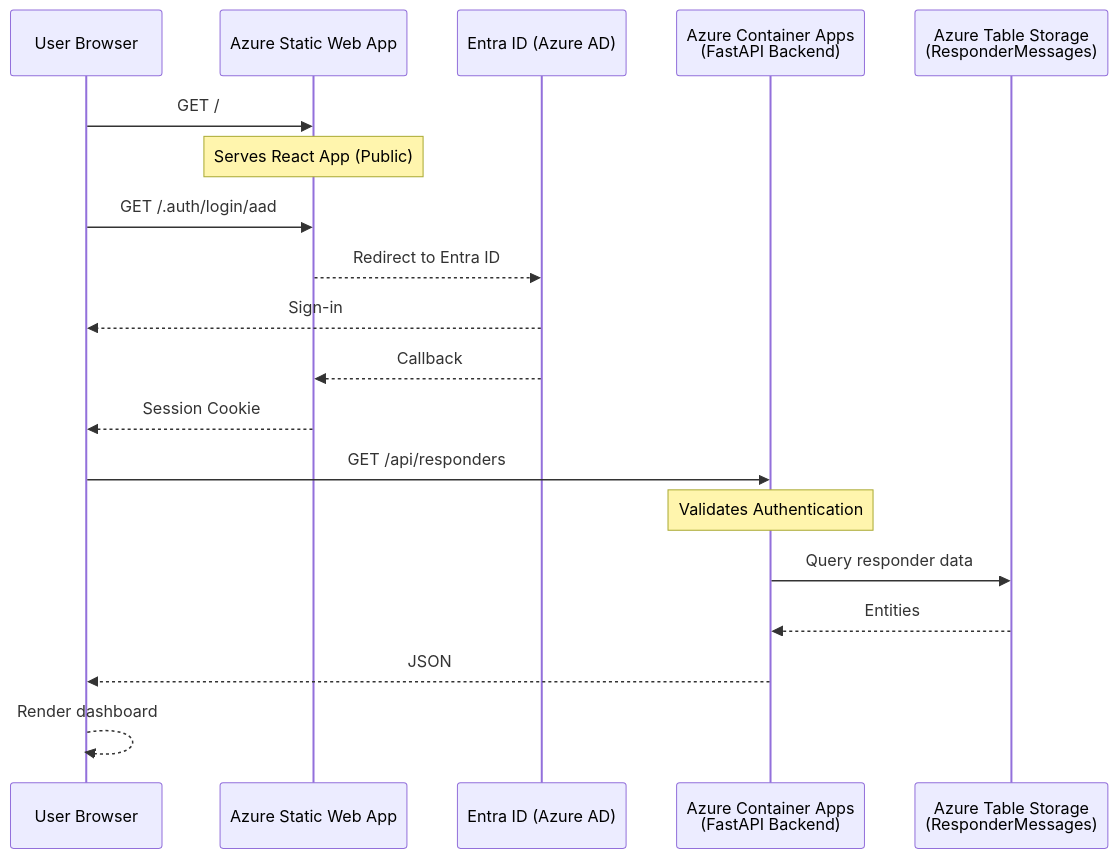
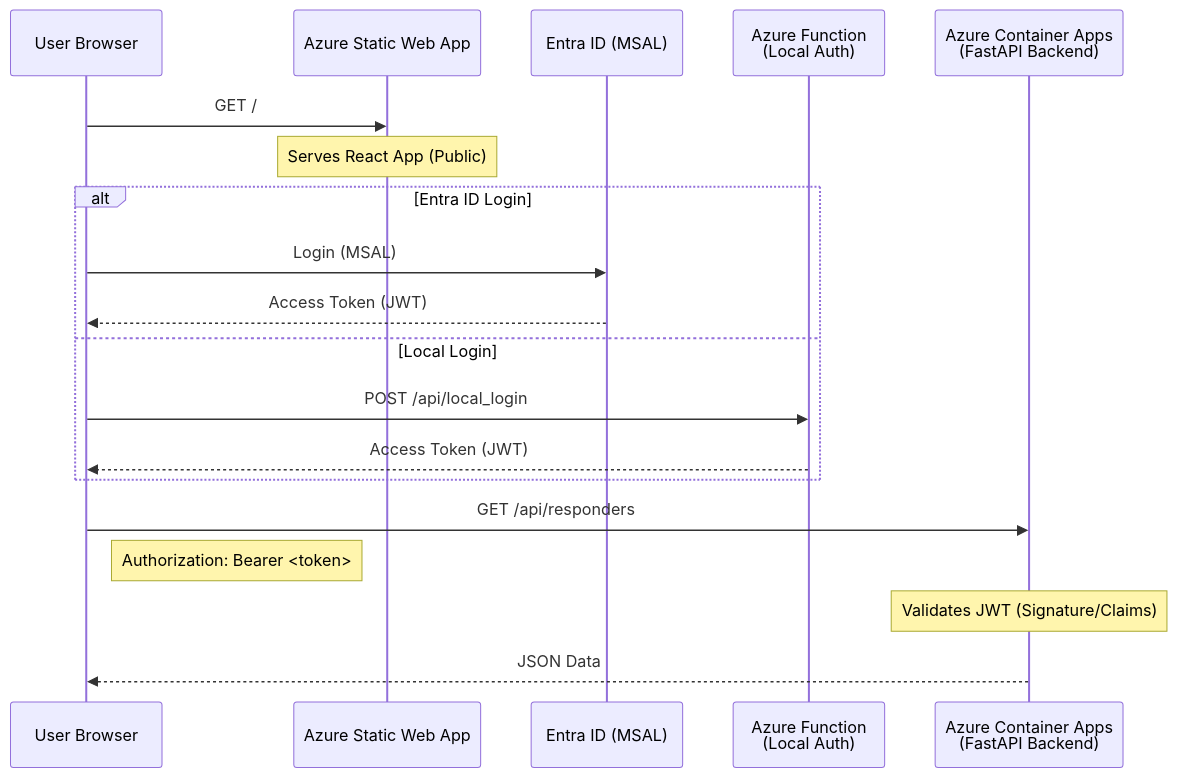
The third of 3 diagrams in README.md (scvsar/respondr-lite), drawn with Mermaid before and after one commit. The commit also changed other lines of this file and 33 other files, not shown here.

````diff
--- a/README.md
+++ b/README.md
@@ -91,24 +93,25 @@
 ```mermaid
 sequenceDiagram
   participant U as User Browser
   participant SWA as Azure Static Web App
-  participant AAD as Entra ID (Azure AD)
+  participant AAD as Entra ID (MSAL)
+  participant FUNC as Azure Function<br/>(Local Auth)
   participant API as Azure Container Apps<br/>(FastAPI Backend)
-  participant TS as Azure Table Storage<br/>(ResponderMessages)
 
   U->>SWA: GET /
   Note over SWA: Serves React App (Public)
   
-  U->>SWA: GET /.auth/login/aad
-  SWA-->>AAD: Redirect to Entra ID
-  AAD-->>U: Sign-in
-  AAD-->>SWA: Callback
-  SWA-->>U: Session Cookie
+  alt Entra ID Login
+    U->>AAD: Login (MSAL)
+    AAD-->>U: Access Token (JWT)
+  else Local Login
+    U->>FUNC: POST /api/local_login
+    FUNC-->>U: Access Token (JWT)
+  end
   
   U->>API: GET /api/responders
-  Note over API: Validates Authentication
-  API->>TS: Query responder data
-  TS-->>API: Entities
-  API-->>U: JSON
-  U-->>U: Render dashboard
+  Note right of U: Authorization: Bearer <token>
+  
+  Note over API: Validates JWT (Signature/Claims)
+  API-->>U: JSON Data
 ```
````
